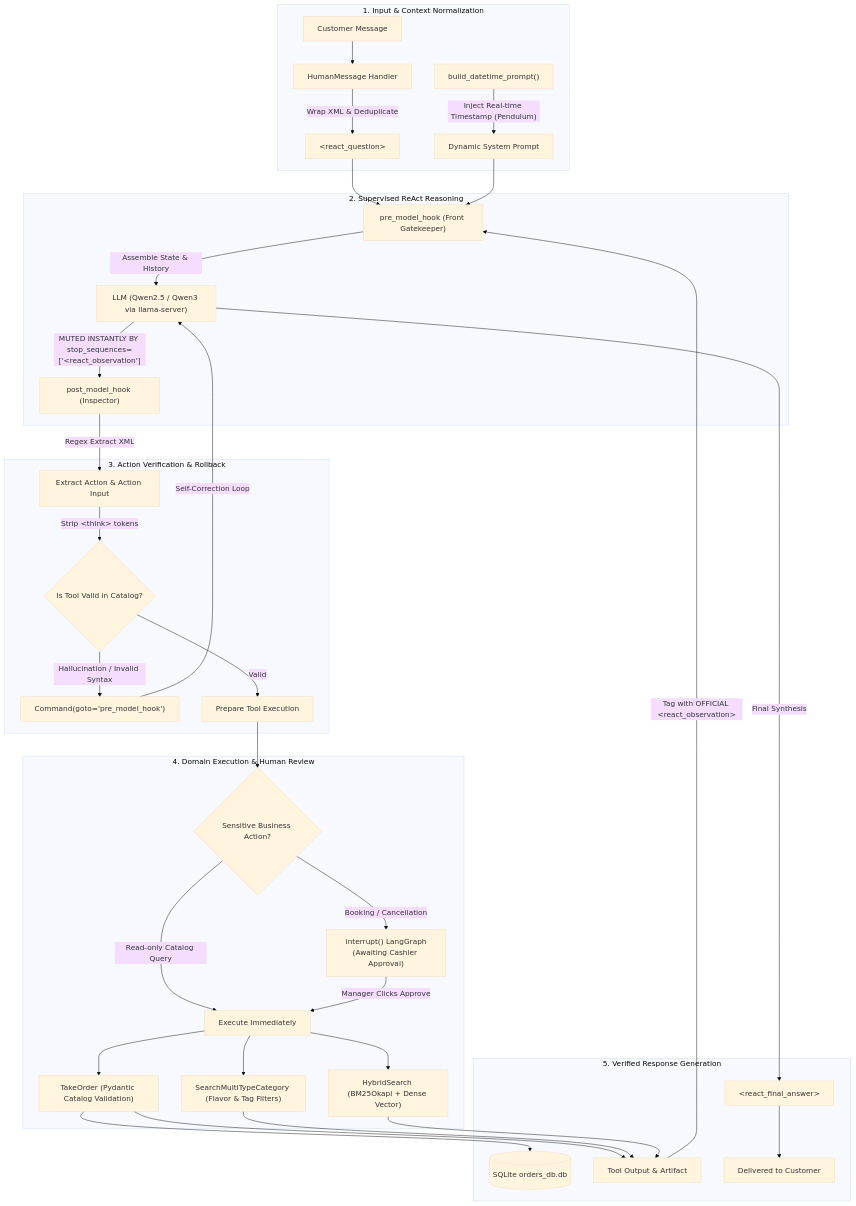
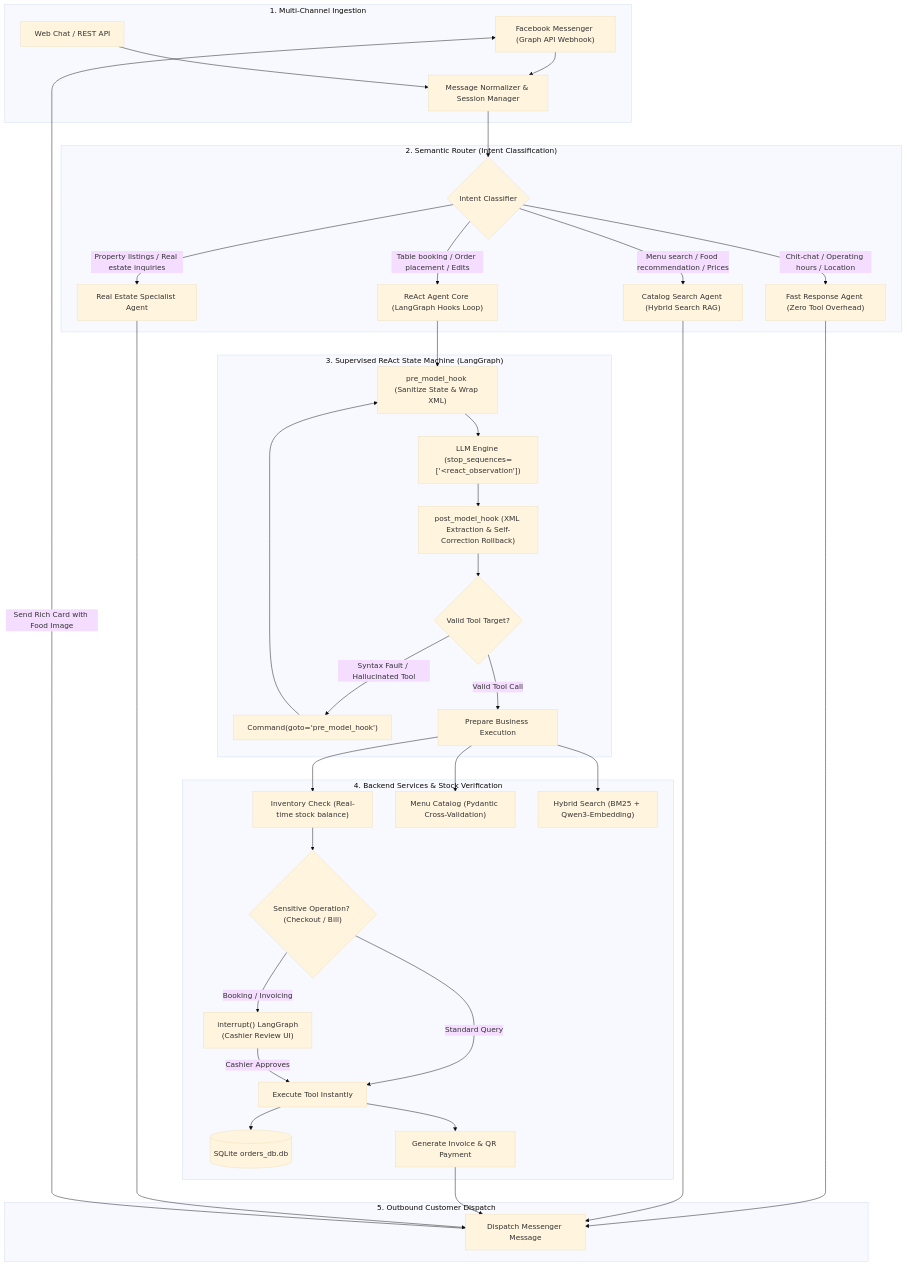
The first of 2 diagrams in content/posts/multi-agent-workflow-langraph.en.md (vinh-gogo/glory-hinody), drawn with Mermaid (base theme) before and after one commit. The commit also changed other lines of this file and 8 other files, not shown here.

First line of the commit message:
feat(agent & ui): update ReAct agent post with live demos & redesign theme/lang controls

````diff
--- a/content/posts/multi-agent-workflow-langraph.en.md
+++ b/content/posts/multi-agent-workflow-langraph.en.md
@@ -56,43 +61,45 @@
 ```mermaid
 flowchart TD
-    subgraph INPUT["1. Input & Context Normalization"]
-        U["Customer Message"] --> H1["HumanMessage Handler"]
-        H1 -->|"Wrap XML & Deduplicate"| Q1["&lt;react_question&gt;"]
-        DT["build_datetime_prompt()"] -->|"Inject Real-time Timestamp (Pendulum)"| SYS["Dynamic System Prompt"]
+    subgraph CHANNEL["1. Multi-Channel Ingestion"]
+        FB["Facebook Messenger (Graph API Webhook)"] --> INGEST["Message Normalizer & Session Manager"]
+        WEB["Web Chat / REST API"] --> INGEST
     end
 
-    subgraph LLM_LOOP["2. Supervised ReAct Reasoning"]
-        Q1 --> PRE["pre_model_hook (Front Gatekeeper)"]
-        SYS --> PRE
-        PRE -->|"Assemble State & History"| LLM["LLM (Qwen2.5 / Qwen3 via llama-server)"]
-        LLM -->|"MUTED INSTANTLY BY stop_sequences=['&lt;react_observation']"| POST["post_model_hook (Inspector)"]
+    subgraph ROUTER["2. Semantic Router (Intent Classification)"]
+        INGEST --> ROUTE{"Intent Classifier"}
+        ROUTE -->|"Chit-chat / Operating hours / Location"| FAQ_BOT["Fast Response Agent (Zero Tool Overhead)"]
+        ROUTE -->|"Menu search / Food recommendation / Prices"| RAG_AGENT["Catalog Search Agent (Hybrid Search RAG)"]
+        ROUTE -->|"Table booking / Order placement / Edits"| REACT_CORE["ReAct Agent Core (LangGraph Hooks Loop)"]
+        ROUTE -->|"Property listings / Real estate inquiries"| BBD_AGENT["Real Estate Specialist Agent"]
     end
 
-    subgraph VALIDATION["3. Action Verification & Rollback"]
-        POST -->|"Regex Extract XML"| PARSE["Extract Action & Action Input"]
-        PARSE -->|"Strip &lt;think&gt; tokens"| CHK{"Is Tool Valid in Catalog?"}
-        CHK -->|"Hallucination / Invalid Syntax"| RETRY["Command(goto='pre_model_hook')"]
-        RETRY -->|"Self-Correction Loop"| LLM
-        CHK -->|"Valid"| EXEC["Prepare Tool Execution"]
+    subgraph REACT_LOOP["3. Supervised ReAct State Machine (LangGraph)"]
+        REACT_CORE --> PRE["pre_model_hook (Sanitize State & Wrap XML)"]
+        PRE --> LLM["LLM Engine (stop_sequences=['&lt;react_observation'])"]
+        LLM --> POST["post_model_hook (XML Extraction & Self-Correction Rollback)"]
+        POST --> CHK_TOOL{"Valid Tool Target?"}
+        CHK_TOOL -->|"Syntax Fault / Hallucinated Tool"| ROLLBACK["Command(goto='pre_model_hook')"]
+        ROLLBACK --> PRE
+        CHK_TOOL -->|"Valid Tool Call"| EXEC_TOOL["Prepare Business Execution"]
     end
 
-    subgraph TOOLS["4. Domain Execution & Human Review"]
-        EXEC --> HITL{"Sensitive Business Action?"}
-        HITL -->|"Booking / Cancellation"| INT["interrupt() LangGraph<br/>(Awaiting Cashier Approval)"]
-        HITL -->|"Read-only Catalog Query"| RUN["Execute Immediately"]
-        INT -->|"Manager Clicks Approve"| RUN
-        RUN --> T1["TakeOrder (Pydantic Catalog Validation)"]
-        RUN --> T2["SearchMultiTypeCategory (Flavor & Tag Filters)"]
-        RUN --> T3["HybridSearch (BM25Okapi + Dense Vector)"]
+    subgraph BACKEND_SERVICES["4. Backend Services & Stock Verification"]
+        EXEC_TOOL --> T_INV["Inventory Check (Real-time stock balance)"]
+        EXEC_TOOL --> T_MENU["Menu Catalog (Pydantic Cross-Validation)"]
+        EXEC_TOOL --> T_SEARCH["Hybrid Search (BM25 + Qwen3-Embedding)"]
+        T_INV --> HITL{"Sensitive Operation? (Checkout / Bill)"}
+        HITL -->|"Booking / Invoicing"| INT["interrupt() LangGraph<br/>(Cashier Review UI)"]
+        HITL -->|"Standard Query"| RUN_TOOL["Execute Tool Instantly"]
+        INT -->|"Cashier Approves"| RUN_TOOL
+        RUN_TOOL --> DB[("SQLite orders_db.db")]
+        RUN_TOOL --> INVOICE["Generate Invoice & QR Payment"]
     end
 
-    subgraph OUTPUT["5. Verified Response Generation"]
-        T1 --> DB[("SQLite orders_db.db")]
-        T1 --> OBS["Tool Output & Artifact"]
-        T2 --> OBS
-        T3 --> OBS
-        OBS -->|"Tag with OFFICIAL &lt;react_observation&gt;"| PRE
-        LLM -->|"Final Synthesis"| ANS["&lt;react_final_answer&gt;"]
-        ANS --> USER_OUT["Delivered to Customer"]
+    subgraph OUT["5. Outbound Customer Dispatch"]
+        FAQ_BOT --> DISPATCH["Dispatch Messenger Message"]
+        RAG_AGENT --> DISPATCH
+        INVOICE --> DISPATCH
+        BBD_AGENT --> DISPATCH
+        DISPATCH -->|"Send Rich Card with Food Image"| FB
     end
 ```
````
